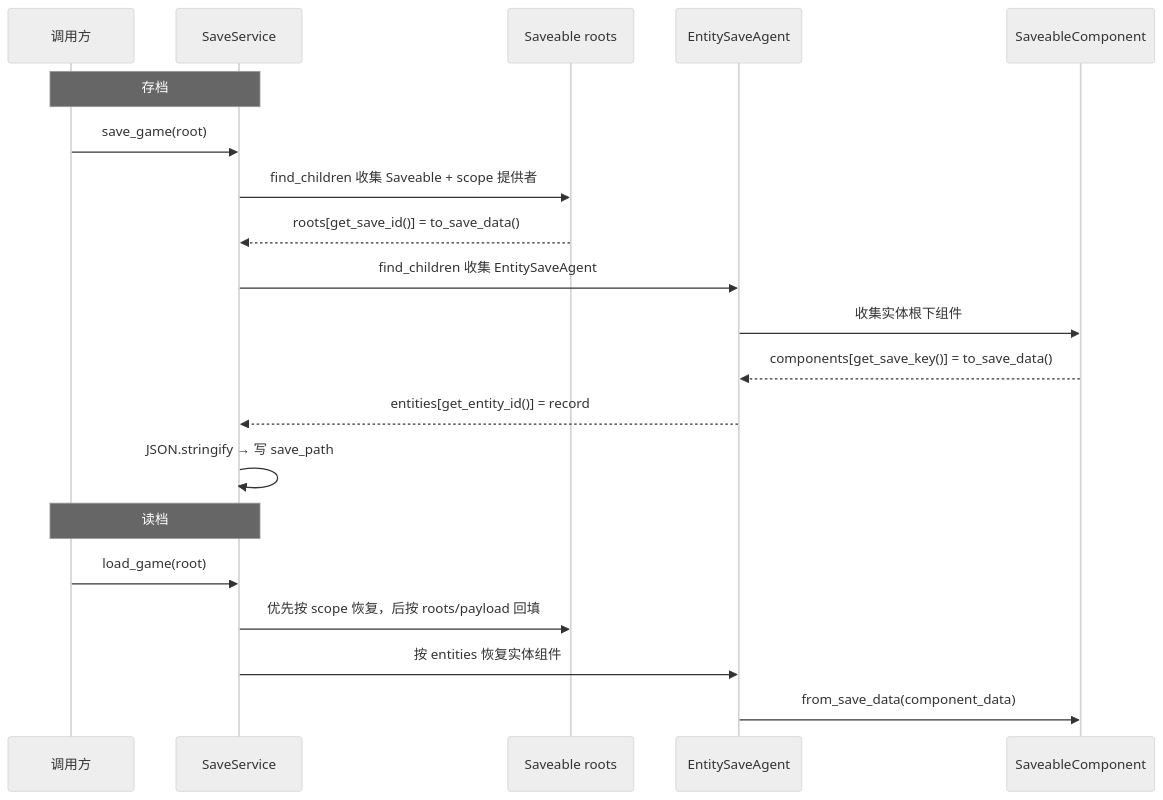
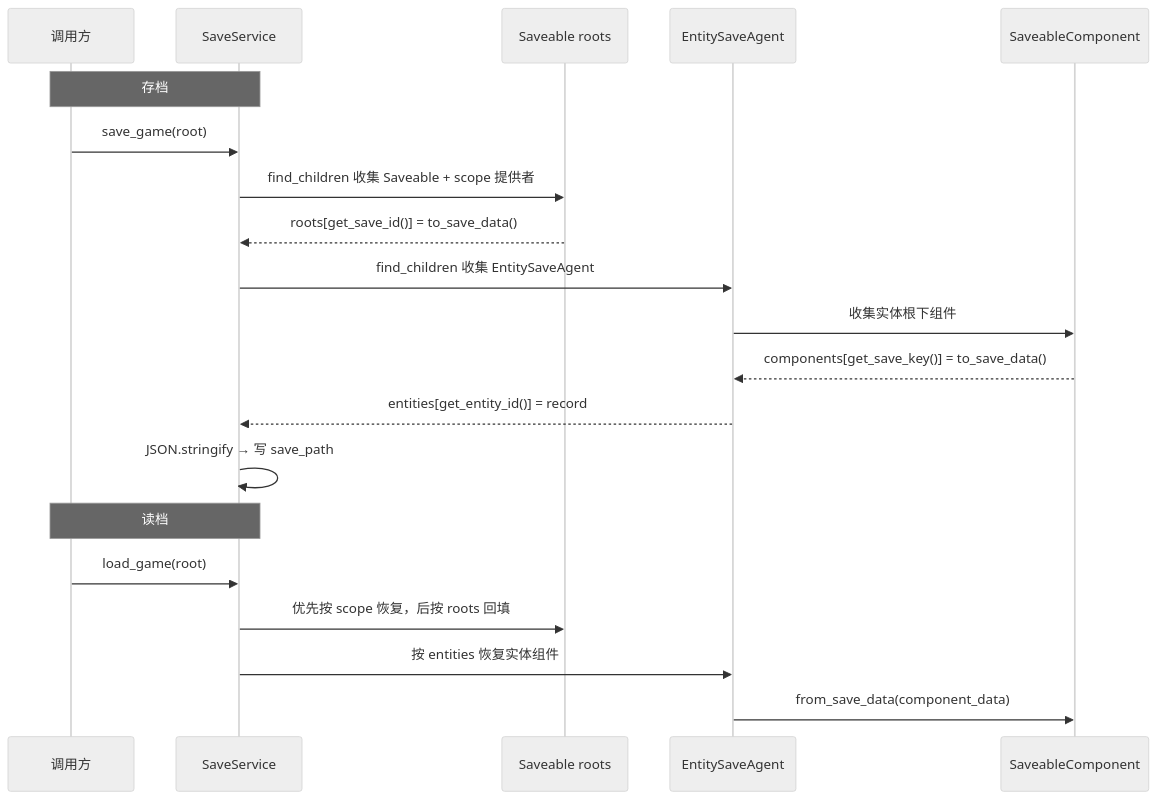
Diagram 13 of 20 in docs/pipeline.md (xiaofeiqiu/mkit), drawn with Mermaid (neutral theme) before and after one commit. The commit also changed 7 other files, not shown here.

````diff
--- a/docs/pipeline.md
+++ b/docs/pipeline.md
@@ -803,24 +803,24 @@
 ```mermaid
 sequenceDiagram
     participant Caller as 调用方
     participant SV as SaveService
     participant R as Saveable roots
     participant A as EntitySaveAgent
     participant C as SaveableComponent
 
     Note over Caller,SV: 存档
     Caller->>SV: save_game(root)
     SV->>R: find_children 收集 Saveable + scope 提供者
     R-->>SV: roots[get_save_id()] = to_save_data()
     SV->>A: find_children 收集 EntitySaveAgent
     A->>C: 收集实体根下组件
     C-->>A: components[get_save_key()] = to_save_data()
     A-->>SV: entities[get_entity_id()] = record
     SV->>SV: JSON.stringify → 写 save_path
 
     Note over Caller,SV: 读档
     Caller->>SV: load_game(root)
-    SV->>R: 优先按 scope 恢复，后按 roots/payload 回填
+    SV->>R: 优先按 scope 恢复，后按 roots 回填
     SV->>A: 按 entities 恢复实体组件
     A->>C: from_save_data(component_data)
 ```
````
